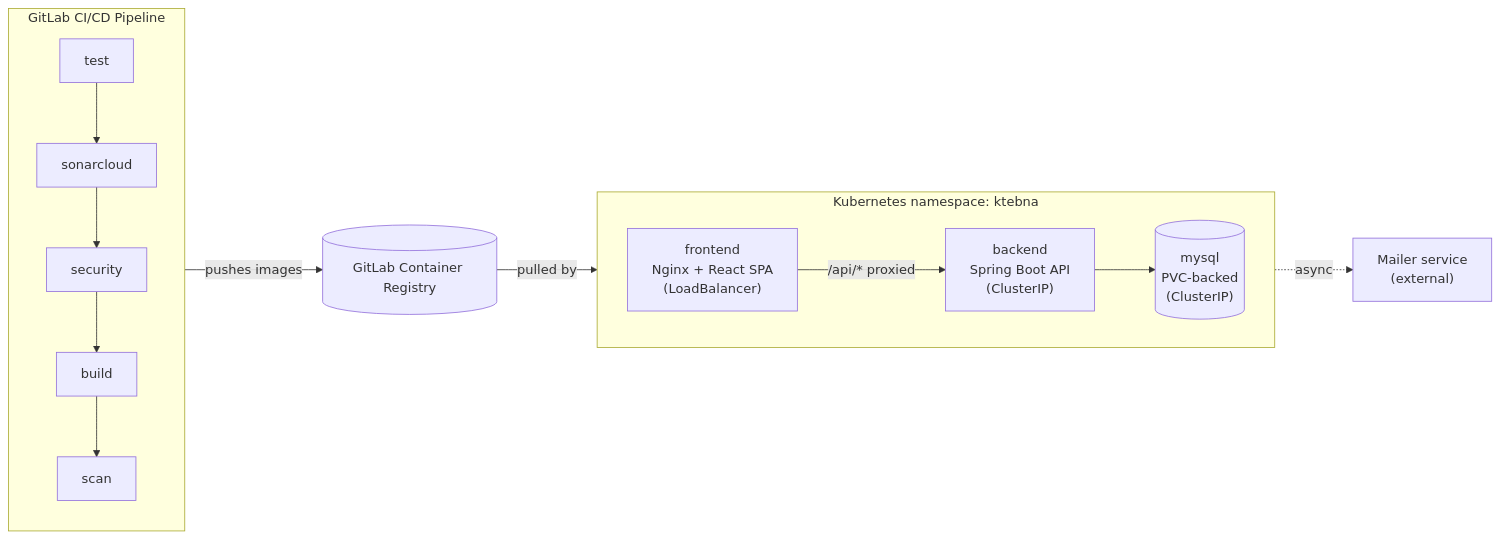
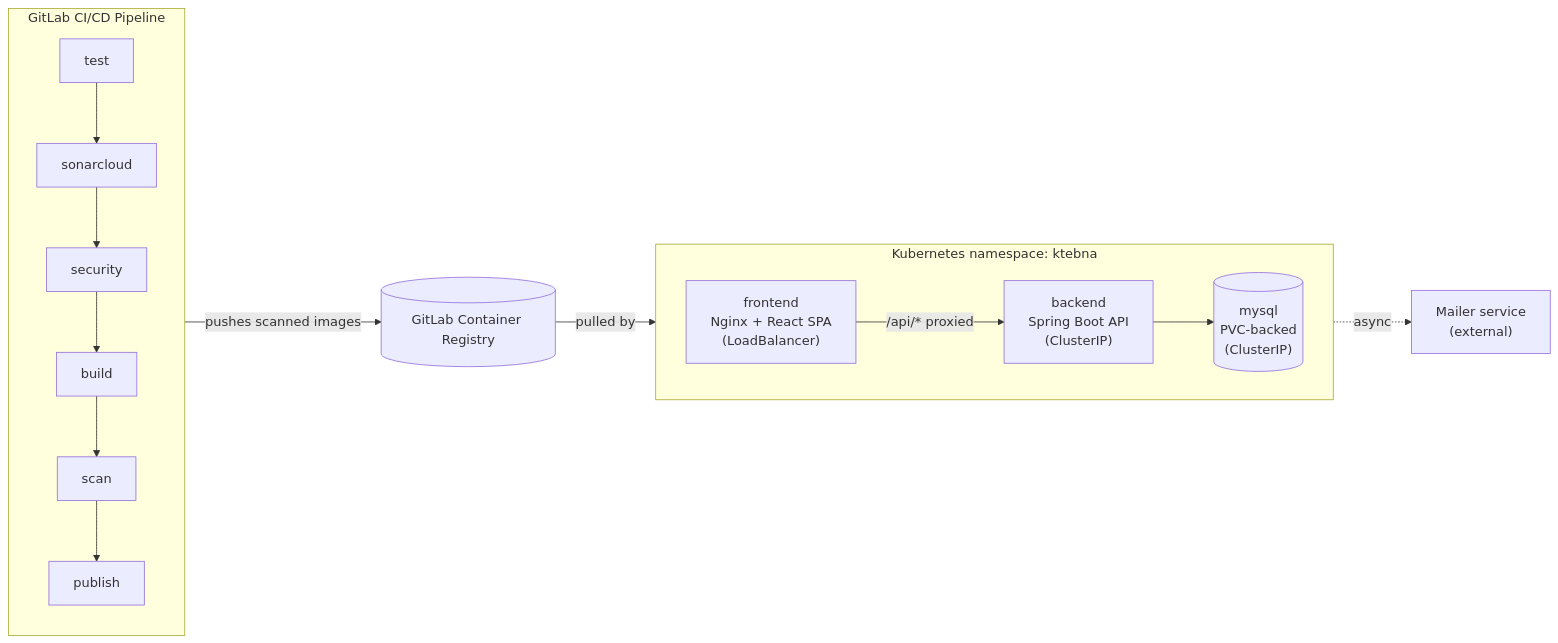
The first of 2 diagrams in README.md (Saifexe/Ktebna), drawn with Mermaid before and after one commit. The commit also changed other lines of this file and 3 other files, not shown here.

````diff
--- a/README.md
+++ b/README.md
@@ -99,16 +99,16 @@
 ```mermaid
 flowchart LR
     subgraph CI["GitLab CI/CD Pipeline"]
         direction TB
-        T[test] --> S[sonarcloud] --> SEC[security] --> B[build] --> SC[scan]
+        T[test] --> S[sonarcloud] --> SEC[security] --> B[build] --> SC[scan] --> P[publish]
     end
-    CI -->|pushes images| REG[(GitLab Container Registry)]
+    CI -->|pushes scanned images| REG[(GitLab Container Registry)]
     REG -->|pulled by| K8S
 
     subgraph K8S["Kubernetes namespace: ktebna"]
         direction LR
         FE["frontend<br/>Nginx + React SPA<br/>(LoadBalancer)"] -->|"/api/* proxied"| BE["backend<br/>Spring Boot API<br/>(ClusterIP)"]
         BE --> DB[("mysql<br/>PVC-backed<br/>(ClusterIP)")]
     end
     BE -.->|async| MAIL["Mailer service<br/>(external)"]
 ```
````
